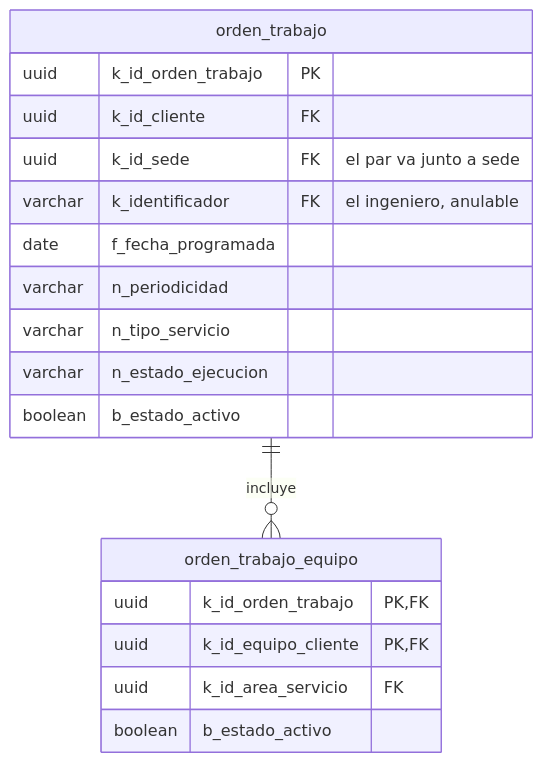
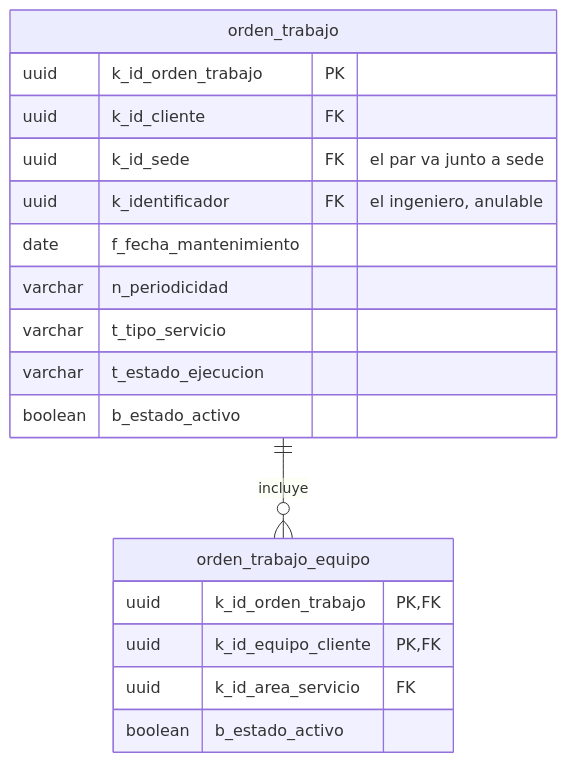
Before and after one commit to SeanBol222/MalphasOs: the seventh of 8 diagrams in SecondBrain/wiki/base-de-datos/esquema-bd-malphasos.md, drawn with Mermaid. The commit also changed other lines of this file and 8 other files, not shown here.

````diff
--- a/SecondBrain/wiki/base-de-datos/esquema-bd-malphasos.md
+++ b/SecondBrain/wiki/base-de-datos/esquema-bd-malphasos.md
@@ -284,21 +326,21 @@
 ```mermaid
 erDiagram
     orden_trabajo ||--o{ orden_trabajo_equipo : "incluye"
     orden_trabajo {
         uuid k_id_orden_trabajo PK
         uuid k_id_cliente FK
         uuid k_id_sede FK "el par va junto a sede"
-        varchar k_identificador FK "el ingeniero, anulable"
-        date f_fecha_programada
+        uuid k_identificador FK "el ingeniero, anulable"
+        date f_fecha_mantenimiento
         varchar n_periodicidad
-        varchar n_tipo_servicio
-        varchar n_estado_ejecucion
+        varchar t_tipo_servicio
+        varchar t_estado_ejecucion
         boolean b_estado_activo
     }
     orden_trabajo_equipo {
         uuid k_id_orden_trabajo PK, FK
         uuid k_id_equipo_cliente PK, FK
         uuid k_id_area_servicio FK
         boolean b_estado_activo
     }
 ```
````
